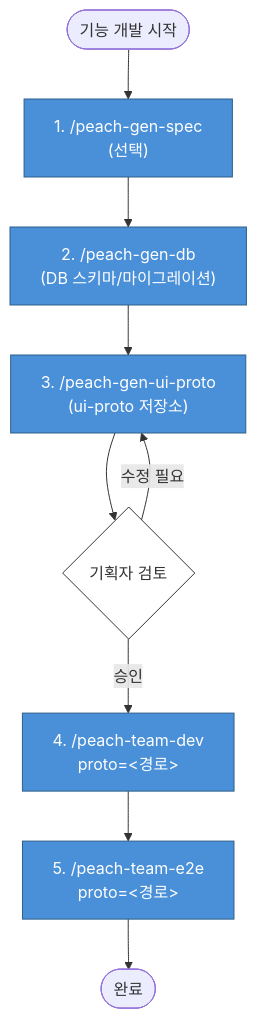
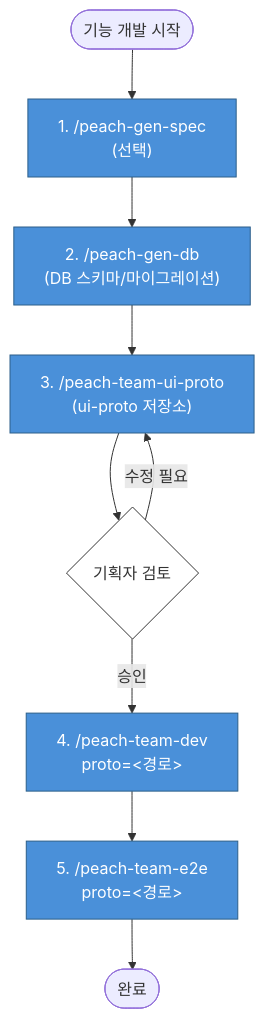
The first of 2 diagrams in docs/03-워크플로우.md (peachSolution/peach-harness), drawn with Mermaid before and after one commit. The commit also changed other lines of this file and 39 other files, not shown here.

````diff
--- a/docs/03-워크플로우.md
+++ b/docs/03-워크플로우.md
@@ -12,18 +12,18 @@
 ```mermaid
 flowchart TD
     Start([기능 개발 시작]) --> Spec["1. /peach-gen-spec<br/>(선택)"]
     Spec --> DB["2. /peach-gen-db<br/>(DB 스키마/마이그레이션)"]
-    DB --> Proto["3. /peach-gen-ui-proto<br/>(ui-proto 저장소)"]
+    DB --> Proto["3. /peach-team-ui-proto<br/>(ui-proto 저장소)"]
     Proto --> Review{"기획자 검토"}
     Review -->|수정 필요| Proto
     Review -->|승인| Dev["4. /peach-team-dev<br/>proto=&lt;경로&gt;"]
     Dev --> E2E["5. /peach-team-e2e<br/>proto=&lt;경로&gt;"]
     E2E --> End([완료])
 
     classDef tier1 fill:#4A90D9,stroke:#2C5F8A,color:#fff
     classDef gate fill:#E8913A,stroke:#B5702D,color:#fff
     classDef decision fill:#fff,stroke:#333,color:#333
 
     class Spec,DB,Proto,Dev,E2E tier1
     class Review decision
 ```
````
